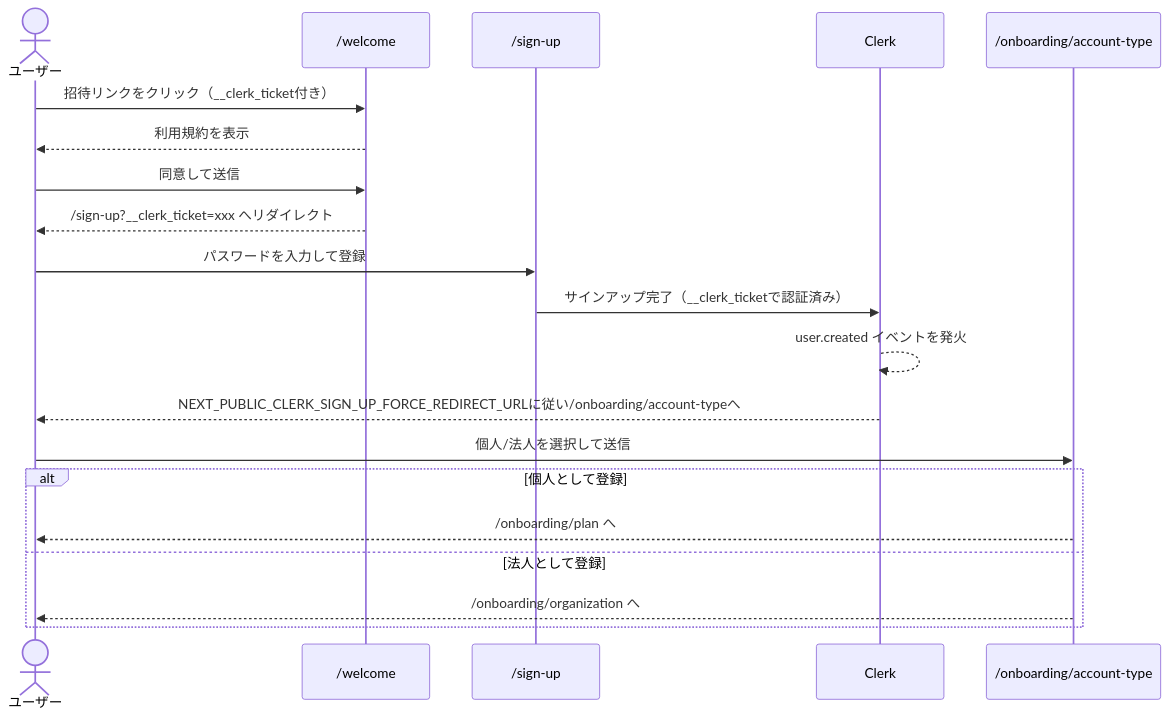
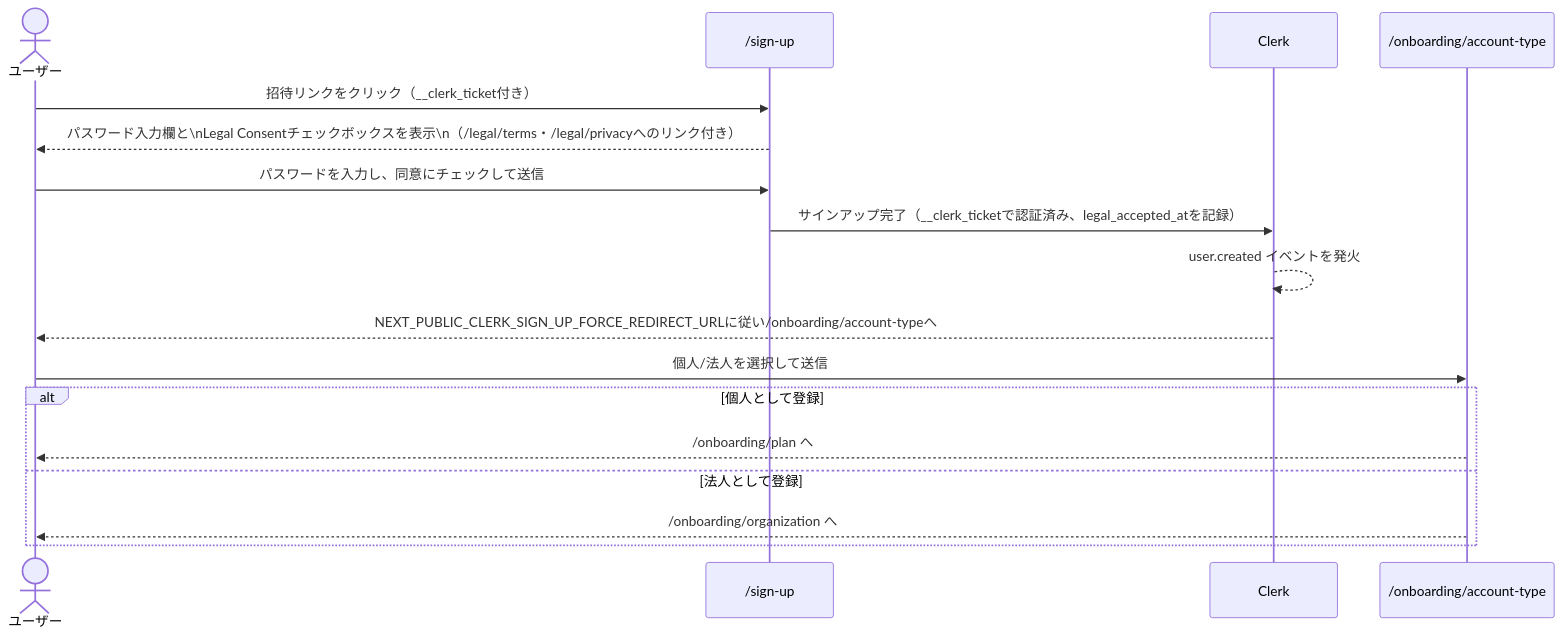
One commit to wknd-studio/brand-closed-ec changed the third of 6 diagrams in docs/signup-flow.md. Above: the diagram before and after it, drawn with Mermaid. The commit also changed other lines of this file and 19 other files, not shown here.

````diff
--- a/docs/signup-flow.md
+++ b/docs/signup-flow.md
@@ -73,24 +73,21 @@
 ```mermaid
 sequenceDiagram
     actor ユーザー
-    participant Welcome as /welcome
     participant Signup as /sign-up
     participant Clerk
     participant AccountType as /onboarding/account-type
 
-    ユーザー->>Welcome: 招待リンクをクリック（__clerk_ticket付き）
-    Welcome-->>ユーザー: 利用規約を表示
-    ユーザー->>Welcome: 同意して送信
-    Welcome-->>ユーザー: /sign-up?__clerk_ticket=xxx へリダイレクト
-    ユーザー->>Signup: パスワードを入力して登録
-    Signup->>Clerk: サインアップ完了（__clerk_ticketで認証済み）
+    ユーザー->>Signup: 招待リンクをクリック（__clerk_ticket付き）
+    Signup-->>ユーザー: パスワード入力欄と\nLegal Consentチェックボックスを表示\n（/legal/terms・/legal/privacyへのリンク付き）
+    ユーザー->>Signup: パスワードを入力し、同意にチェックして送信
+    Signup->>Clerk: サインアップ完了（__clerk_ticketで認証済み、legal_accepted_atを記録）
     Clerk-->>Clerk: user.created イベントを発火
     Clerk-->>ユーザー: NEXT_PUBLIC_CLERK_SIGN_UP_FORCE_REDIRECT_URLに従い/onboarding/account-typeへ
 
     ユーザー->>AccountType: 個人/法人を選択して送信
     alt 個人として登録
         AccountType-->>ユーザー: /onboarding/plan へ
     else 法人として登録
         AccountType-->>ユーザー: /onboarding/organization へ
     end
 ```
````
